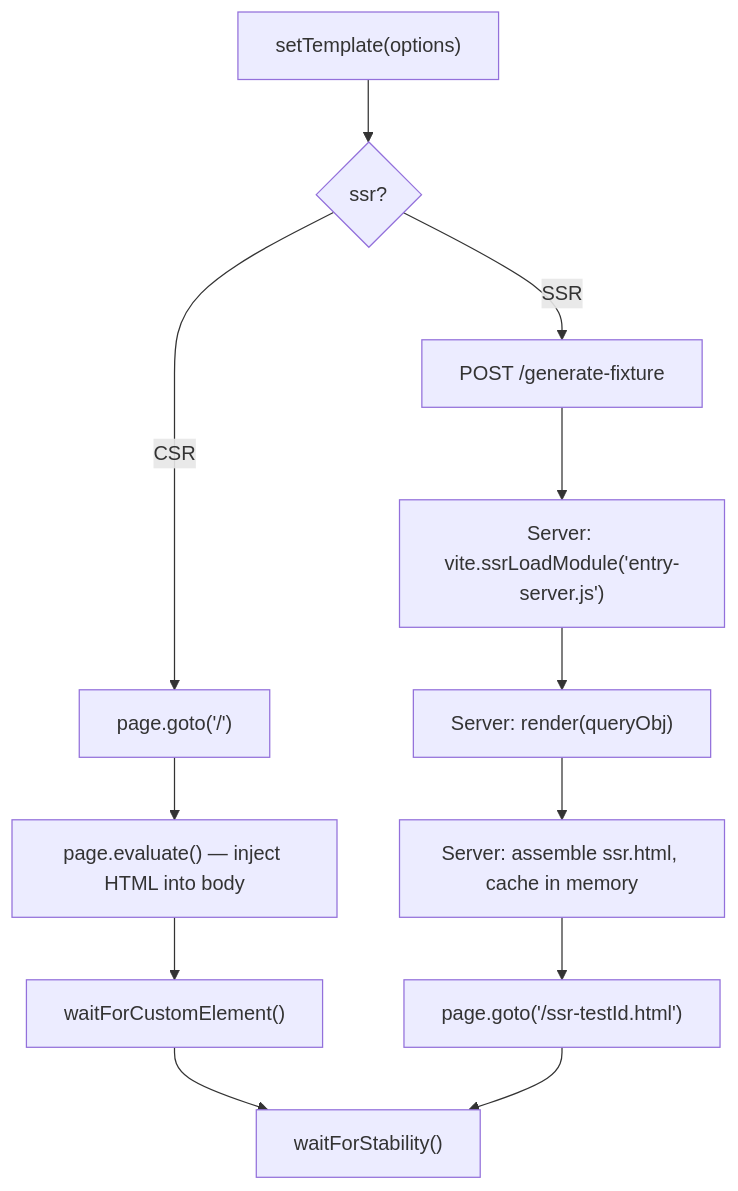
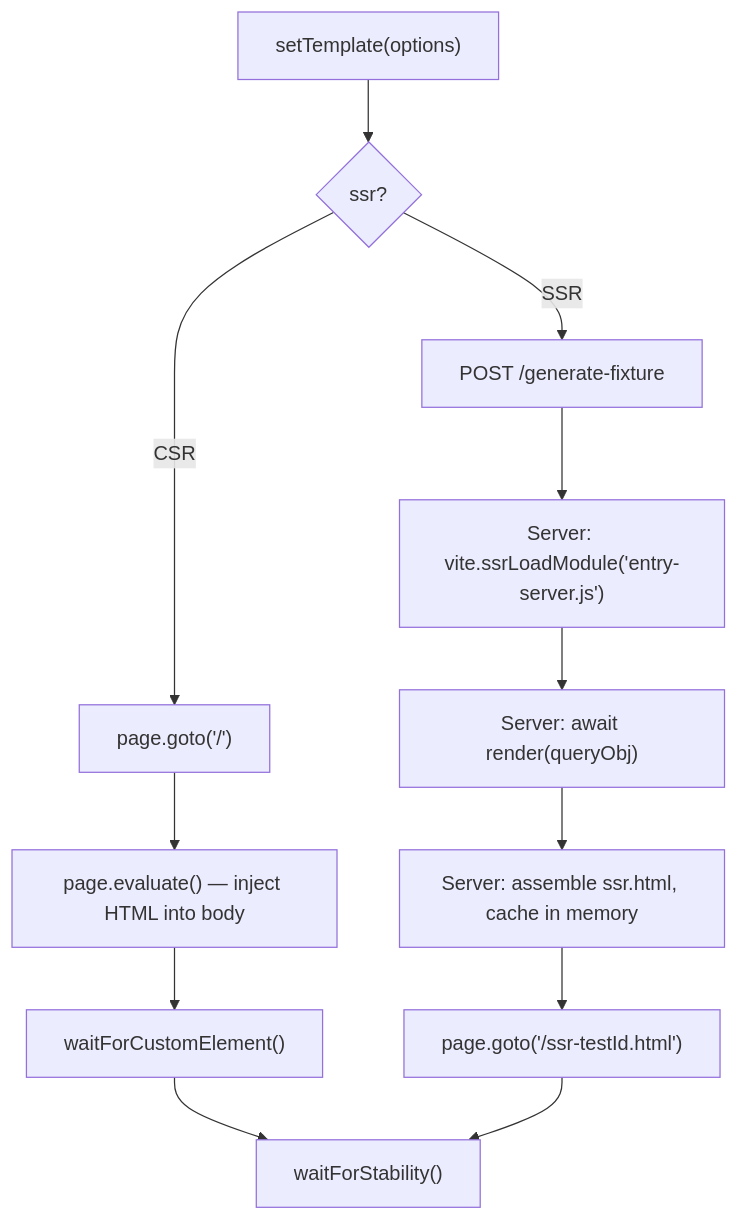
Before and after one commit to microsoft/fast: the first of 2 diagrams in packages/fast-test-harness/DESIGN.md, drawn with Mermaid. The commit also changed other lines of this file and 123 other files, not shown here.

````diff
--- a/packages/fast-test-harness/DESIGN.md
+++ b/packages/fast-test-harness/DESIGN.md
@@ -46,14 +46,14 @@
 ```mermaid
 flowchart TD
     A["setTemplate(options)"] --> B{ssr?}
     B -- CSR --> C["page.goto('/')"]
     C --> D["page.evaluate() — inject HTML into body"]
     D --> E["waitForCustomElement()"]
     E --> F["waitForStability()"]
     B -- SSR --> G["POST /generate-fixture"]
     G --> H["Server: vite.ssrLoadModule('entry-server.js')"]
-    H --> I["Server: render(queryObj)"]
+    H --> I["Server: await render(queryObj)"]
     I --> J["Server: assemble ssr.html, cache in memory"]
     J --> K["page.goto('/ssr-testId.html')"]
     K --> F
 ```
````
